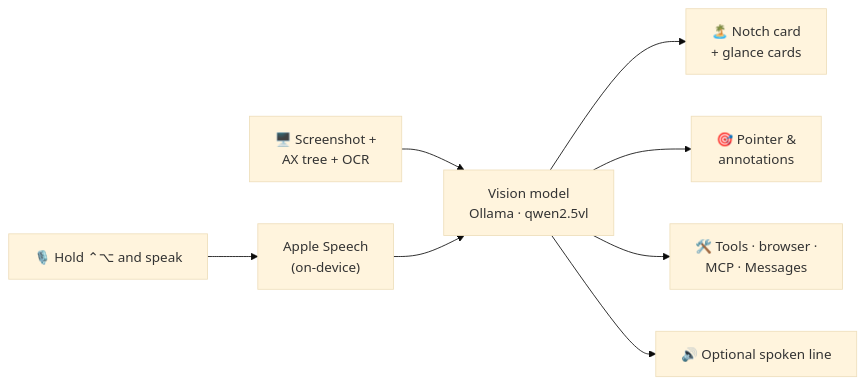
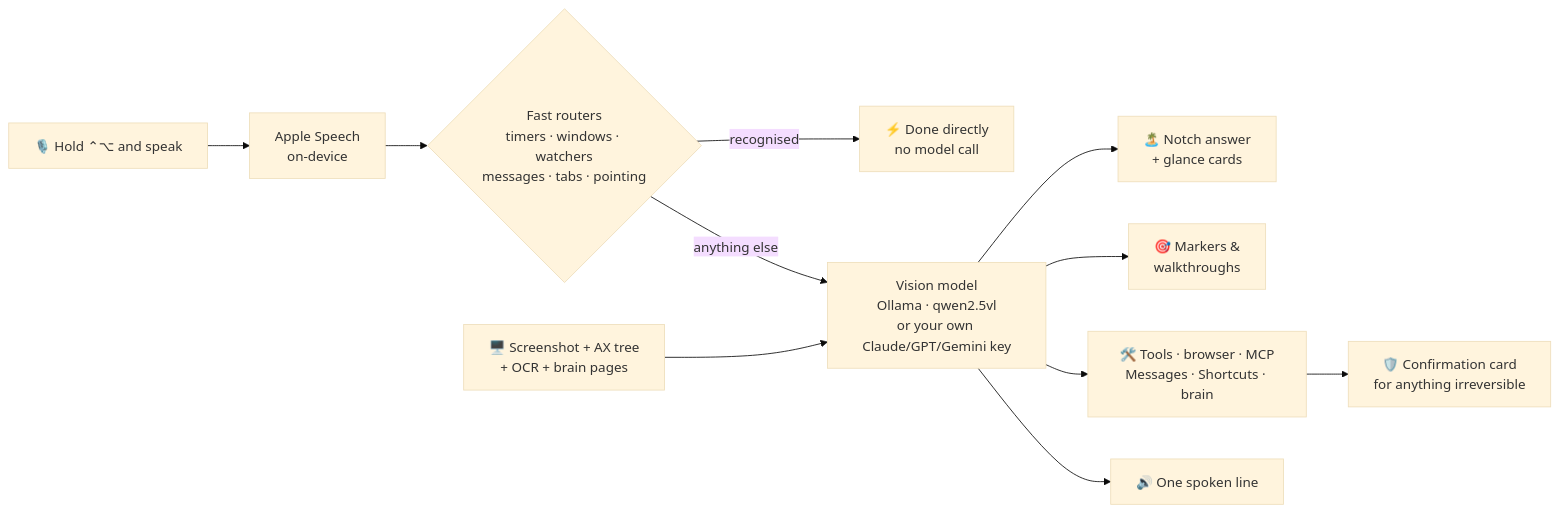
One commit to anaylab/wisp changed the diagram in README.md. Above: the diagram before and after it, drawn with Mermaid (base theme). The commit also changed other lines of this file and 1 other file, not shown here.

First line of the commit message:
Refresh the README for the brain, buddies, watchers and fast paths

````diff
--- a/README.md
+++ b/README.md
@@ -102,10 +190,13 @@
 ```mermaid
 flowchart LR
-    A["🎙️ Hold ⌃⌥ and speak"] --> B["Apple Speech<br/>(on-device)"]
-    S["🖥️ Screenshot +<br/>AX tree + OCR"] --> M
-    B --> M["Vision model<br/>Ollama · qwen2.5vl"]
-    M --> N["🏝️ Notch card<br/>+ glance cards"]
-    M --> P["🎯 Pointer &<br/>annotations"]
-    M --> T["🛠️ Tools · browser ·<br/>MCP · Messages"]
-    M --> V["🔊 Optional spoken line"]
+    A["🎙️ Hold ⌃⌥ and speak"] --> B["Apple Speech<br/>on-device"]
+    B --> R{"Fast routers<br/>timers · windows · watchers<br/>messages · tabs · pointing"}
+    R -- "recognised" --> X["⚡ Done directly<br/>no model call"]
+    R -- "anything else" --> M
+    S["🖥️ Screenshot + AX tree<br/>+ OCR + brain pages"] --> M["Vision model<br/>Ollama · qwen2.5vl<br/>or your own Claude/GPT/Gemini key"]
+    M --> N["🏝️ Notch answer<br/>+ glance cards"]
+    M --> P["🎯 Markers &<br/>walkthroughs"]
+    M --> T["🛠️ Tools · browser · MCP<br/>Messages · Shortcuts · brain"]
+    M --> V["🔊 One spoken line"]
+    T --> C["🛡️ Confirmation card<br/>for anything irreversible"]
 ```
````
